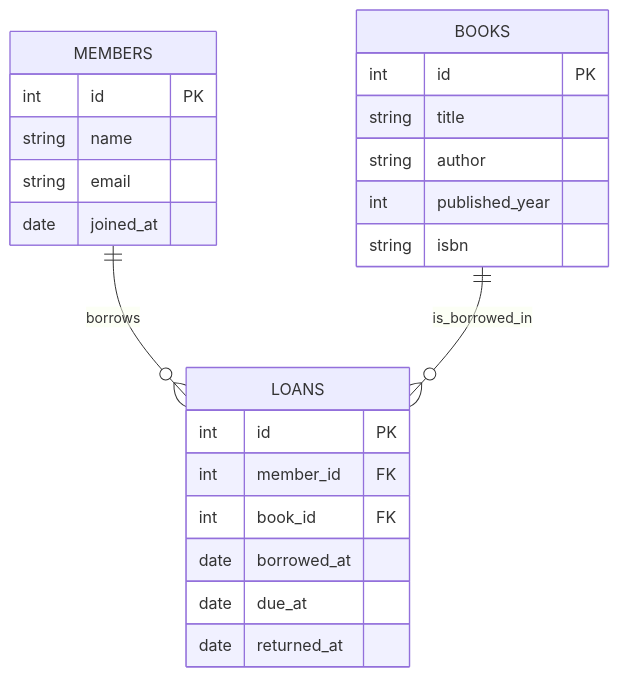
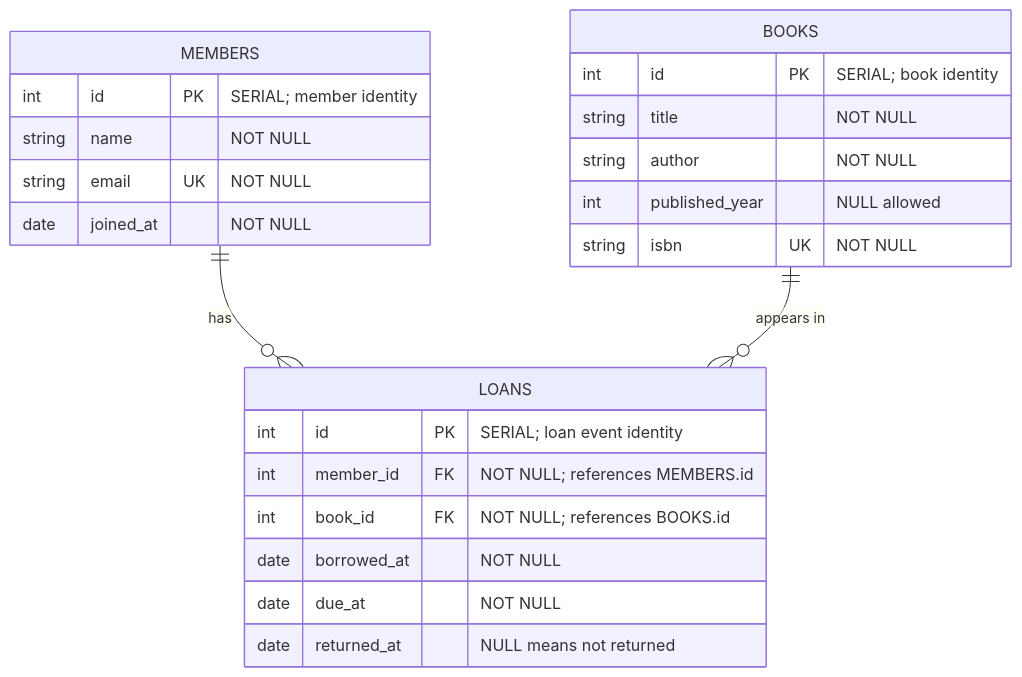
Before and after one commit to GilbertMoon/ai-database-book: the diagram in images/chapter05/ch05_06_library_erd_overview.mmd, drawn with Mermaid.

Commit message:
Refine chapter 5 library ERD source

```diff
--- a/images/chapter05/ch05_06_library_erd_overview.mmd
+++ b/images/chapter05/ch05_06_library_erd_overview.mmd
@@ -1,27 +1,27 @@
 erDiagram
-    MEMBERS ||--o{ LOANS : borrows
-    BOOKS ||--o{ LOANS : is_borrowed_in
+    MEMBERS ||--o{ LOANS : "has"
+    BOOKS ||--o{ LOANS : "appears in"
 
     MEMBERS {
-        int id PK
-        string name
-        string email
-        date joined_at
+        int id PK "SERIAL; member identity"
+        string name "NOT NULL"
+        string email UK "NOT NULL"
+        date joined_at "NOT NULL"
     }
 
     BOOKS {
-        int id PK
-        string title
-        string author
-        int published_year
-        string isbn
+        int id PK "SERIAL; book identity"
+        string title "NOT NULL"
+        string author "NOT NULL"
+        int published_year "NULL allowed"
+        string isbn UK "NOT NULL"
     }
 
     LOANS {
-        int id PK
-        int member_id FK
-        int book_id FK
-        date borrowed_at
-        date due_at
-        date returned_at
+        int id PK "SERIAL; loan event identity"
+        int member_id FK "NOT NULL; references MEMBERS.id"
+        int book_id FK "NOT NULL; references BOOKS.id"
+        date borrowed_at "NOT NULL"
+        date due_at "NOT NULL"
+        date returned_at "NULL means not returned"
     }
```
